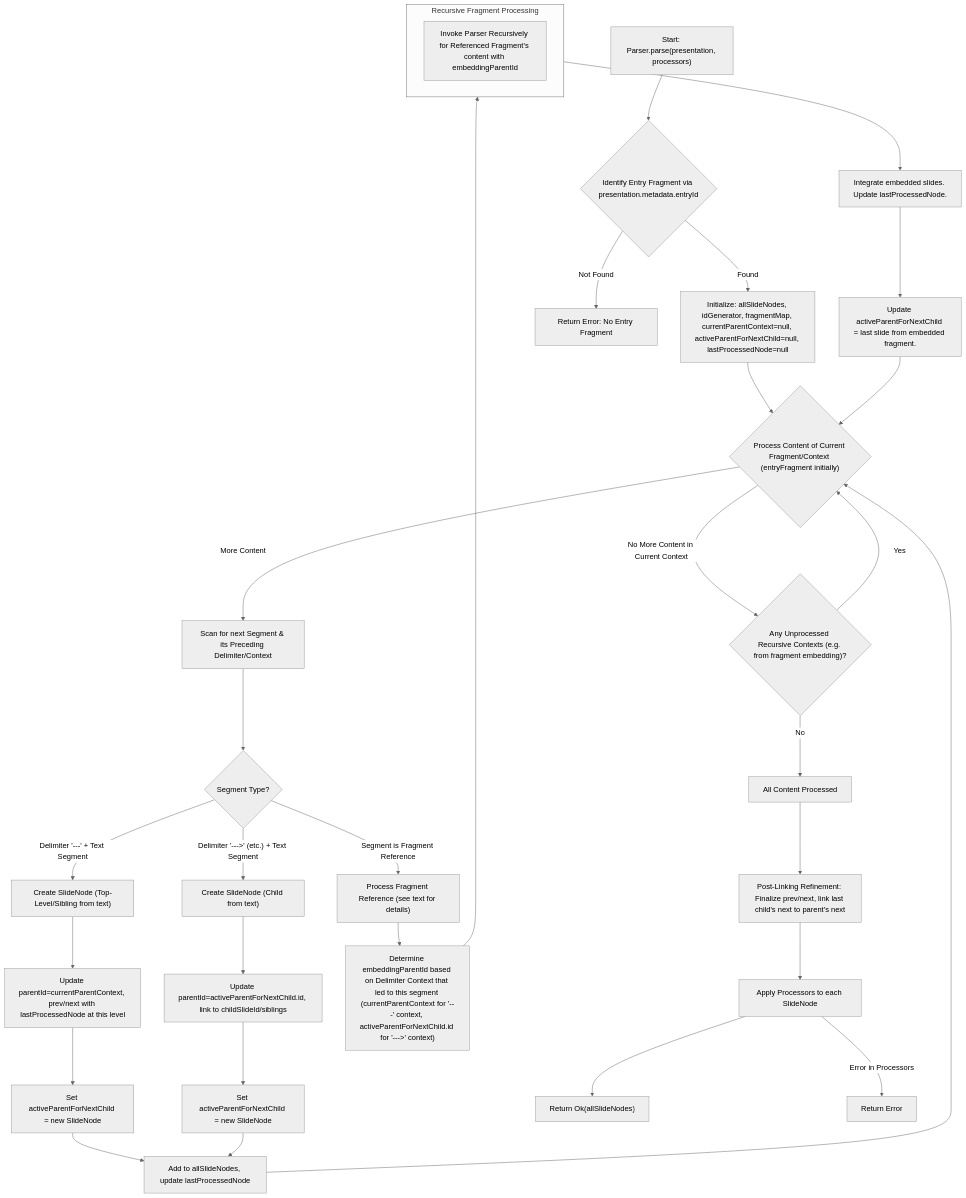
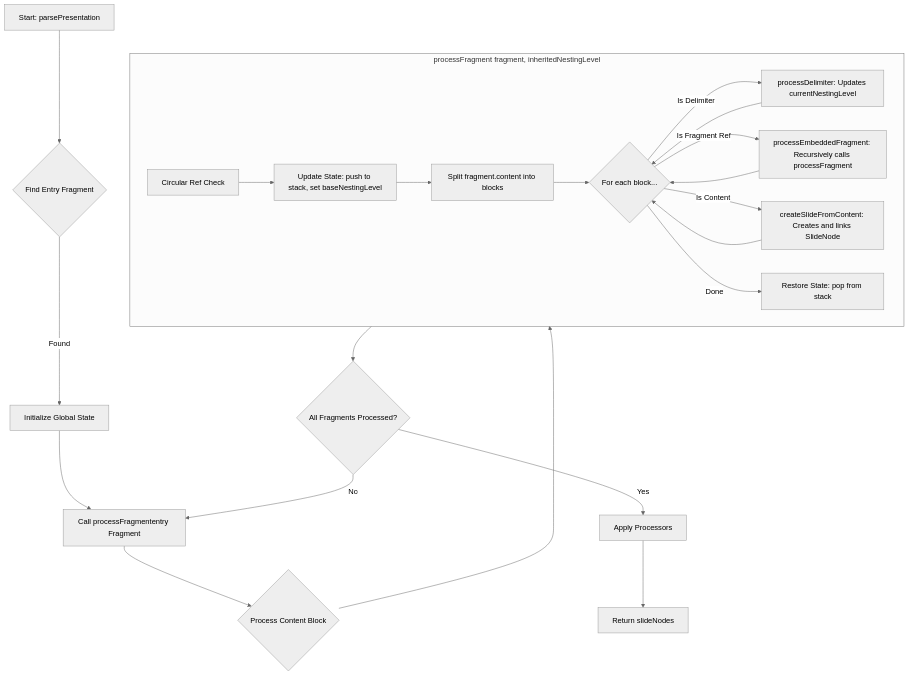
The diagram in _docs/30_Features/F7-Core-Parser-Implementation.md (ajelinek/parse-a-slide), drawn with Mermaid (neutral theme) before and after one commit. The commit also changed other lines of this file and 2 other files, not shown here.

Commit message:
refactor: enhance parser logic for fragment embedding and navigation linking

````diff
--- a/_docs/30_Features/F7-Core-Parser-Implementation.md
+++ b/_docs/30_Features/F7-Core-Parser-Implementation.md
@@ -88,42 +29,27 @@
 ```mermaid
 graph TD
-    A["Start: Parser.parse(presentation, processors)"] --> B{"Identify Entry Fragment via presentation.metadata.entryId"};
-    B -- Found --> C["Initialize: allSlideNodes, idGenerator, fragmentMap, currentParentContext=null, activeParentForNextChild=null, lastProcessedNode=null"];
-    B -- Not Found --> Err1["Return Error: No Entry Fragment"];
+    A[Start: parsePresentation] --> B{Find Entry Fragment};
+    B -- Found --> C[Initialize Global State];
+    C --> D[Call processFragmententry Fragment];
+    D --> E{Process Content Block};
 
-    C --> D{"Process Content of Current Fragment/Context (entryFragment initially)"};
-    D -- More Content --> E["Scan for next Segment & its Preceding Delimiter/Context"];
-    E --> F{"Segment Type?"};
+    subgraph "processFragment fragment, inheritedNestingLevel"
+        direction LR
+        F[Circular Ref Check] --> G[Update State: push to stack, set baseNestingLevel];
+        G --> H[Split fragment.content into blocks];
+        H --> I{For each block...};
+        I -- Is Delimiter --> J[processDelimiter: Updates currentNestingLevel];
+        J --> I;
+        I -- Is Fragment Ref --> K[processEmbeddedFragment: Recursively calls processFragment];
+        K --> I;
+        I -- Is Content --> L[createSlideFromContent: Creates and links SlideNode];
+        L --> I;
+        I -- Done --> M[Restore State: pop from stack];
+    end
 
-    F -- "Delimiter '---' + Text Segment" --> G1_Text["Create SlideNode (Top-Level/Sibling from text)"];
-    G1_Text --> H["Update parentId=currentParentContext, prev/next with lastProcessedNode at this level"];
-    H --> I["Set activeParentForNextChild = new SlideNode"];
-    I --> J["Add to allSlideNodes, update lastProcessedNode"];
-    J --> D;
-
-    F -- "Delimiter '--->' (etc.) + Text Segment" --> G2_Text["Create SlideNode (Child from text)"];
-    G2_Text --> K["Update parentId=activeParentForNextChild.id, link to childSlideId/siblings"];
-    K --> L["Set activeParentForNextChild = new SlideNode"];
-    L --> J;
-
-    F -- "Segment is Fragment Reference" --> ProcRef["Process Fragment Reference (see text for details)"];
-    ProcRef --> DetEmbParent["Determine embeddingParentId based on Delimiter Context that led to this segment (currentParentContext for '---' context, activeParentForNextChild.id for '--->' context)"];
-    DetEmbParent --> ORecurse["Invoke Parser Recursively for Referenced Fragment's content with embeddingParentId"];
-    ORecurse --> LinkEmbed["Integrate embedded slides. Update lastProcessedNode."];
-    LinkEmbed --> UpdateActiveParent["Update activeParentForNextChild = last slide from embedded fragment."];
-    UpdateActiveParent --> D;
-
-    D -- "No More Content in Current Context" --> Q{"Any Unprocessed Recursive Contexts (e.g. from fragment embedding)?"};
-    Q -- Yes --> D;
-    Q -- No --> R["All Content Processed"];
-
-    R --> S["Post-Linking Refinement: Finalize prev/next, link last child's next to parent's next"];
-    S --> T["Apply Processors to each SlideNode"];
-    T --> U["Return Ok(allSlideNodes)"];
-    T -- "Error in Processors" --> Err2["Return Error"];
-
-    subgraph "Recursive Fragment Processing"
-        direction LR
-        ORecurse
-    end
+    E --> F;
+    M --> N{All Fragments Processed?};
+    N -- Yes --> O[Apply Processors];
+    O --> P[Return slideNodes];
+    N -- No --> D;
 ```
````
